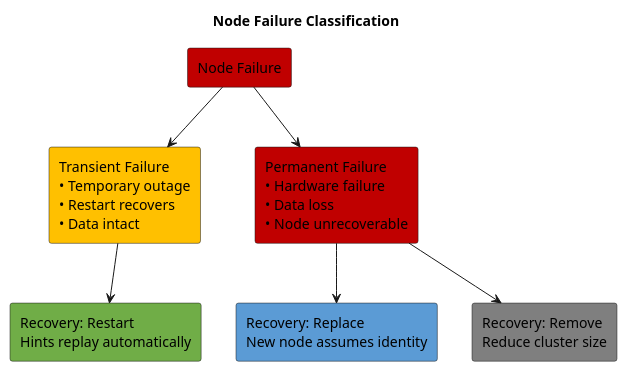
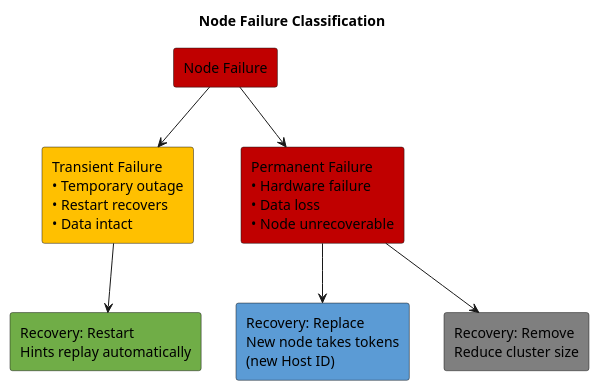
The first of 6 diagrams in docs/data-platforms/cassandra/architecture/cluster-management/node-replacement.md (axonops/documentation), drawn with PlantUML before and after one commit. The commit also changed other lines of this file and 262 other files, not shown here.

````diff
--- a/docs/data-platforms/cassandra/architecture/cluster-management/node-replacement.md
+++ b/docs/data-platforms/cassandra/architecture/cluster-management/node-replacement.md
@@ -23,23 +23,23 @@
 ```plantuml
 @startuml
 skinparam backgroundColor white
 
 title Node Failure Classification
 
 rectangle "Node Failure" as failure #C00000
 
 rectangle "Transient Failure\n• Temporary outage\n• Restart recovers\n• Data intact" as transient #FFC000
 rectangle "Permanent Failure\n• Hardware failure\n• Data loss\n• Node unrecoverable" as permanent #C00000
 
 rectangle "Recovery: Restart\nHints replay automatically" as restart #70AD47
-rectangle "Recovery: Replace\nNew node assumes identity" as replace #5B9BD5
+rectangle "Recovery: Replace\nNew node takes tokens\n(new Host ID)" as replace #5B9BD5
 rectangle "Recovery: Remove\nReduce cluster size" as remove #7F7F7F
 
 failure --> transient
 failure --> permanent
 transient --> restart
 permanent --> replace
 permanent --> remove
 
 @enduml
 ```
````
